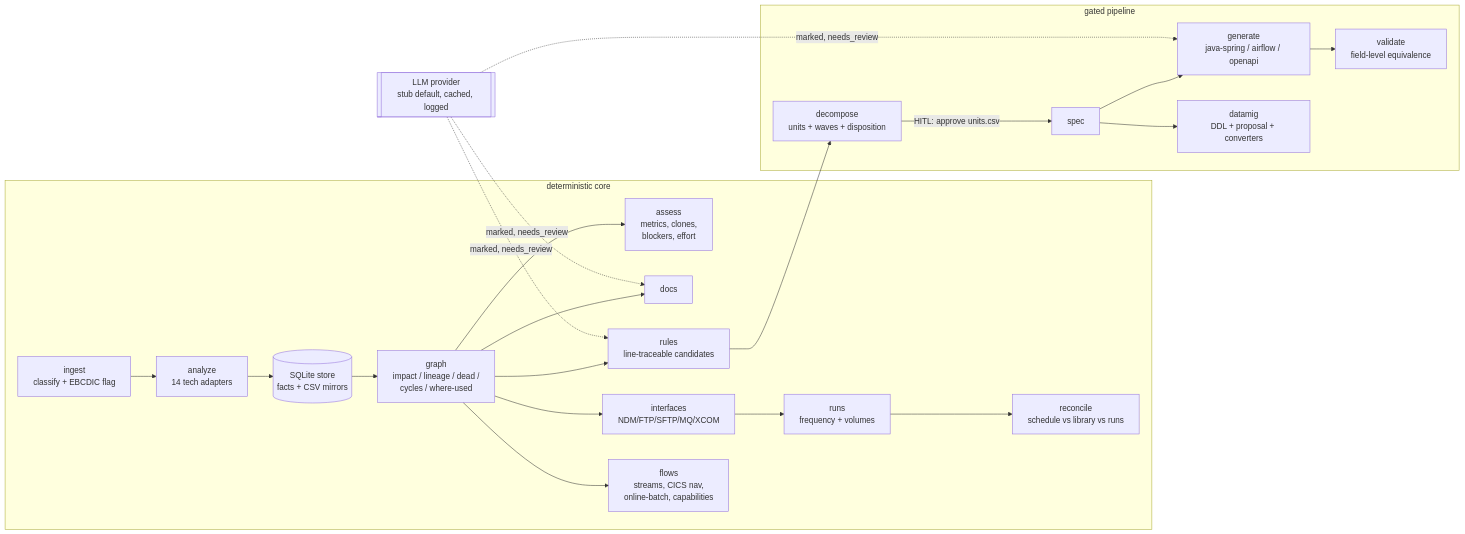
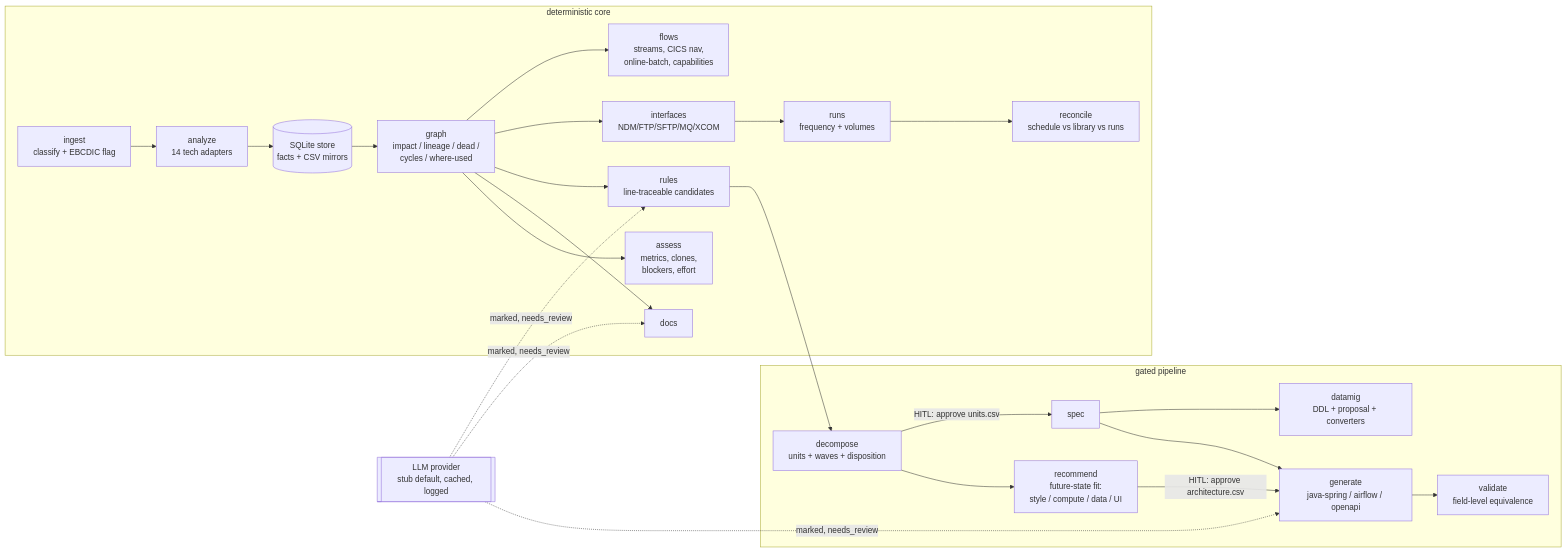
The diagram in README.md (rajapadi/legacymod), drawn with Mermaid before and after one commit. The commit also changed other lines of this file and 8 other files, not shown here.

First line of the commit message:
Add recommend stage: evidence-based future-state architecture (v0.2.0)

````diff
--- a/README.md
+++ b/README.md
@@ -29,22 +32,24 @@
 ```mermaid
 flowchart LR
     subgraph deterministic core
         A[ingest<br/>classify + EBCDIC flag] --> B[analyze<br/>14 tech adapters]
         B --> C[(SQLite store<br/>facts + CSV mirrors)]
         C --> D[graph<br/>impact / lineage / dead /<br/>cycles / where-used]
         D --> E[assess<br/>metrics, clones,<br/>blockers, effort]
         D --> F[docs] & G[rules<br/>line-traceable candidates]
         D --> H[interfaces<br/>NDM/FTP/SFTP/MQ/XCOM]
         H --> I[runs<br/>frequency + volumes]
         I --> J[reconcile<br/>schedule vs library vs runs]
         D --> K[flows<br/>streams, CICS nav,<br/>online-batch, capabilities]
     end
     subgraph gated pipeline
         G --> L[decompose<br/>units + waves + disposition]
+        L --> AR[recommend<br/>future-state fit:<br/>style / compute / data / UI]
         L -->|HITL: approve units.csv| M[spec]
+        AR -->|HITL: approve architecture.csv| N
         M --> N[generate<br/>java-spring / airflow / openapi]
         M --> O[datamig<br/>DDL + proposal + converters]
         N --> P[validate<br/>field-level equivalence]
     end
     Q[[LLM provider<br/>stub default, cached, logged]] -.->|marked, needs_review| F & G & N
 ```
````
